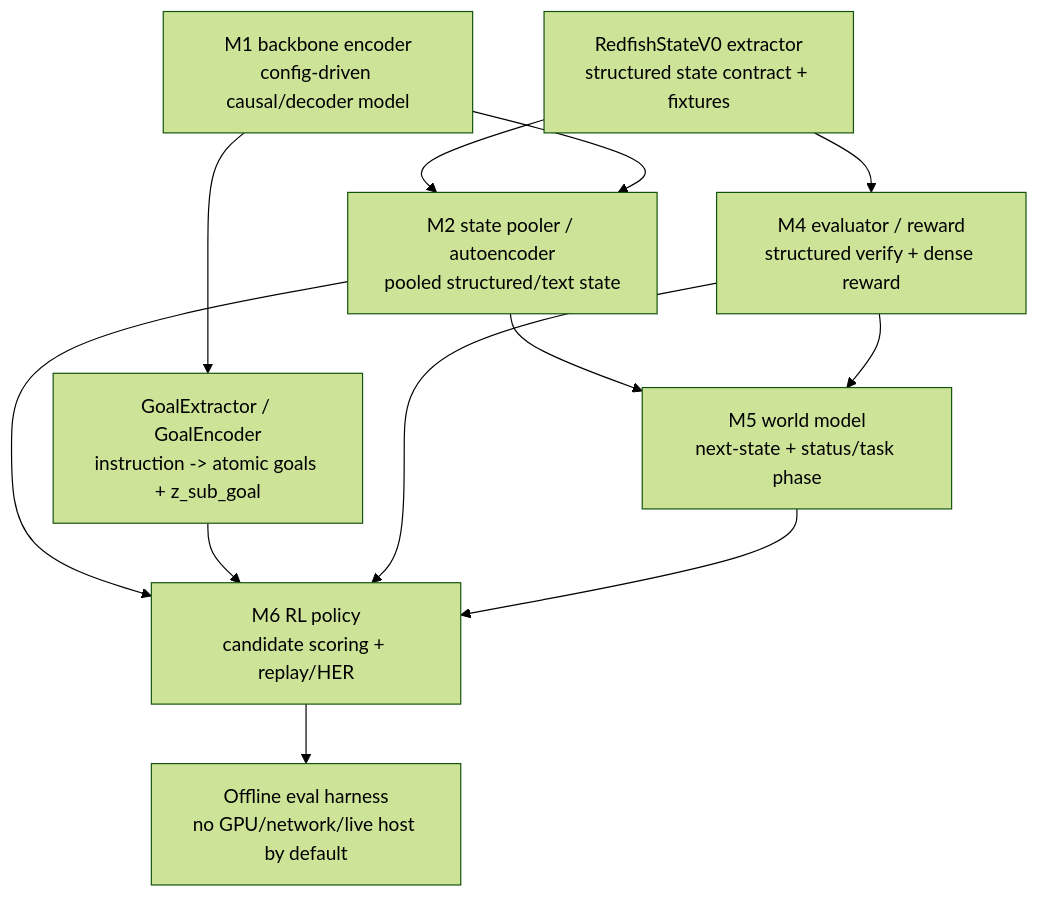
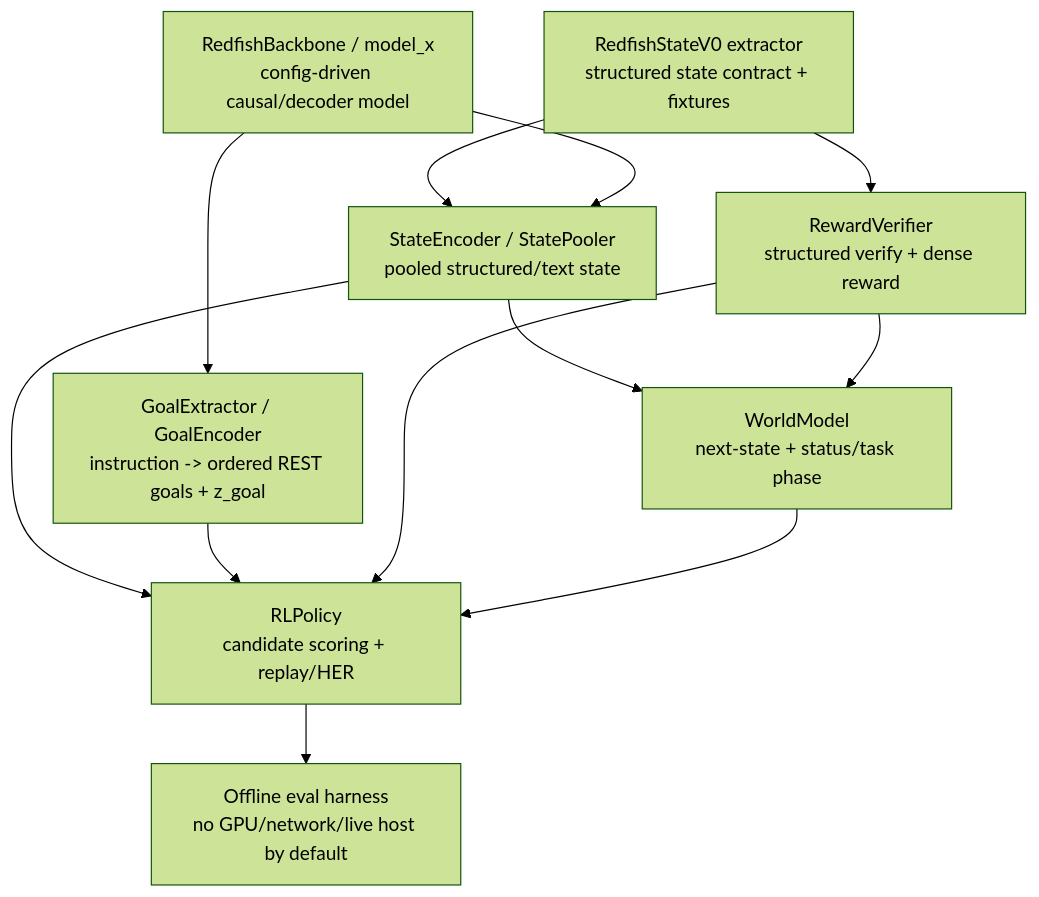
The third of 8 diagrams in docs/ARCHITECTURE.md (spyroot/igc), drawn with Mermaid (forest theme) before and after one commit. The commit also changed other lines of this file and 22 other files, not shown here.

````diff
--- a/docs/ARCHITECTURE.md
+++ b/docs/ARCHITECTURE.md
@@ -91,23 +91,23 @@
 ```mermaid
 flowchart TD
-    M1["M1 backbone encoder\nconfig-driven causal/decoder model"]
+    RB["RedfishBackbone / model_x\nconfig-driven causal/decoder model"]
     S0["RedfishStateV0 extractor\nstructured state contract + fixtures"]
-    M2["M2 state pooler / autoencoder\npooled structured/text state"]
-    GE["GoalExtractor / GoalEncoder\ninstruction -> atomic goals + z_sub_goal"]
-    M4["M4 evaluator / reward\nstructured verify + dense reward"]
-    M5["M5 world model\nnext-state + status/task phase"]
-    M6["M6 RL policy\ncandidate scoring + replay/HER"]
+    SE["StateEncoder / StatePooler\npooled structured/text state"]
+    GE["GoalExtractor / GoalEncoder\ninstruction -> ordered REST goals + z_goal"]
+    RV["RewardVerifier\nstructured verify + dense reward"]
+    WM["WorldModel\nnext-state + status/task phase"]
+    RP["RLPolicy\ncandidate scoring + replay/HER"]
     Gate["Offline eval harness\nno GPU/network/live host by default"]
 
-    S0 --> M2
-    M1 --> M2
-    M1 --> GE
-    S0 --> M4
-    M2 --> M5
-    M4 --> M5
-    M2 --> M6
-    GE --> M6
-    M4 --> M6
-    M5 --> M6
-    M6 --> Gate
+    S0 --> SE
+    RB --> SE
+    RB --> GE
+    S0 --> RV
+    SE --> WM
+    RV --> WM
+    SE --> RP
+    GE --> RP
+    RV --> RP
+    WM --> RP
+    RP --> Gate
 ```
````
